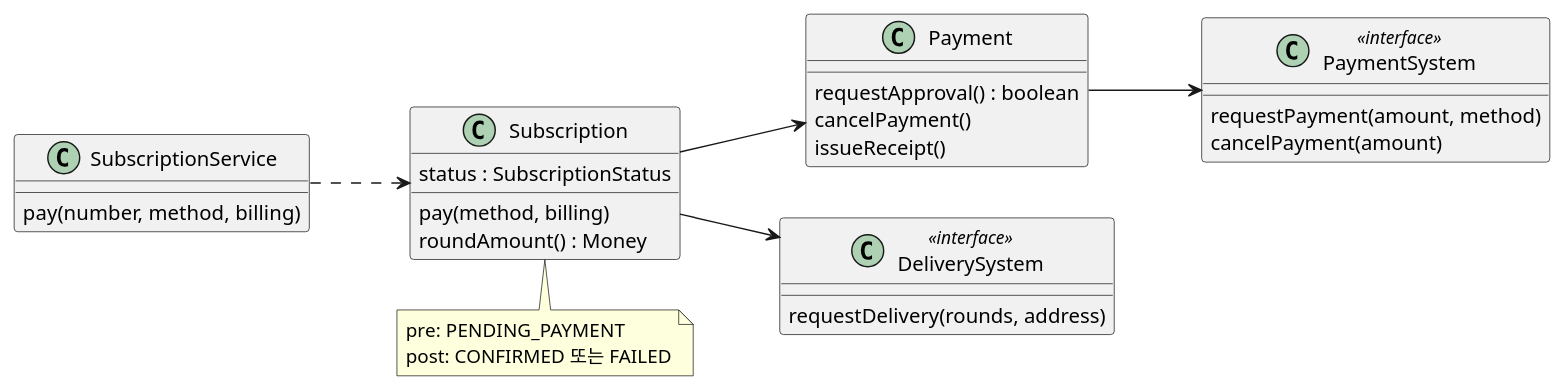
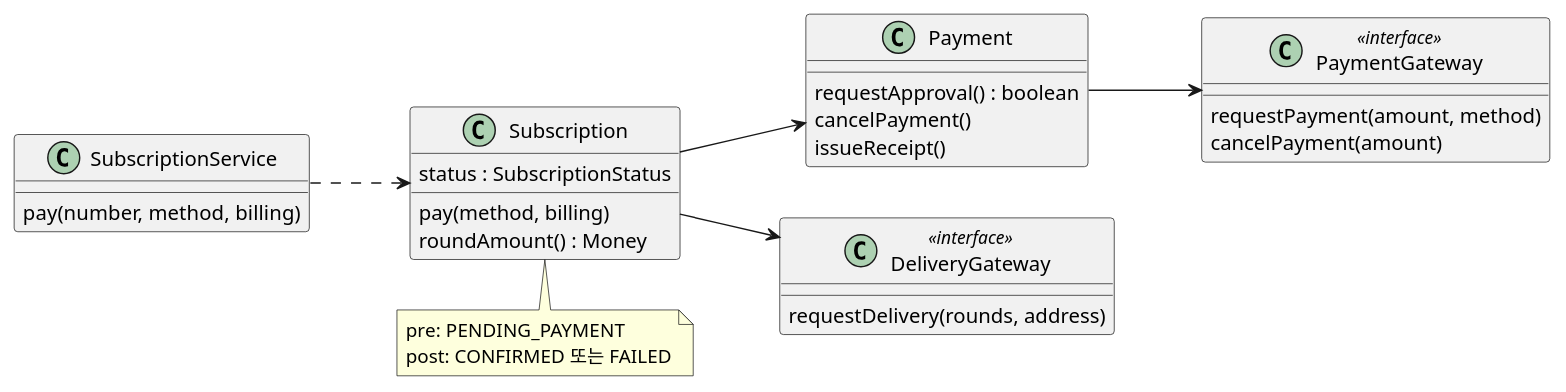
Diagram 13 of 13 in courses/ooad/sessions/s07.md (YoungSan77/TrainingMaterials), drawn with PlantUML before and after one commit. The commit also changed other lines of this file and 154 other files, not shown here.

````diff
--- a/courses/ooad/sessions/s07.md
+++ b/courses/ooad/sessions/s07.md
@@ -1213,33 +1239,33 @@
 ```plantuml:class
 @startuml
 left to right direction
 class "SubscriptionService" as V {
   pay(number, method, billing)
 }
 class "Subscription" as S {
   status : SubscriptionStatus
   pay(method, billing)
   roundAmount() : Money
 }
 class "Payment" as P {
   requestApproval() : boolean
   cancelPayment()
   issueReceipt()
 }
-class "PaymentSystem" as PS <<interface>> {
+class "PaymentGateway" as PS <<interface>> {
   requestPayment(amount, method)
   cancelPayment(amount)
 }
-class "DeliverySystem" as DS <<interface>> {
+class "DeliveryGateway" as DS <<interface>> {
   requestDelivery(rounds, address)
 }
 V ..> S
 S --> P
 S --> DS
 P --> PS
 note bottom of S
   pre: PENDING_PAYMENT
   post: CONFIRMED 또는 FAILED
 end note
 @enduml
 ```
````
